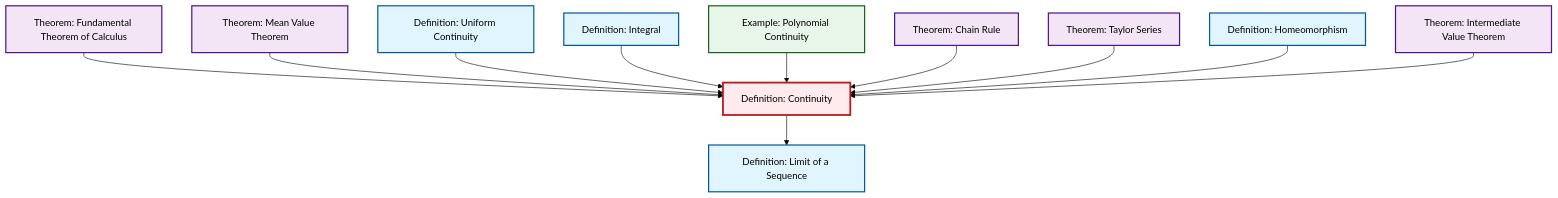
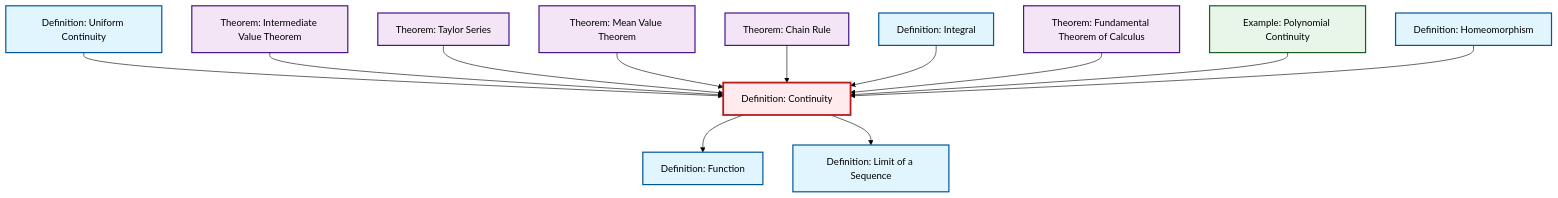
The diagram in content/en/analysis/def-continuity.qmd (RK0429/ModernMath), drawn with Mermaid (forest theme) before and after one commit. The commit also changed 554 other files, not shown here.

````diff
--- a/content/en/analysis/def-continuity.qmd
+++ b/content/en/analysis/def-continuity.qmd
@@ -58,41 +58,44 @@
 ```{mermaid}
 %%| fig-cap: "Local dependency graph"
 graph TD
     classDef definition fill:#e1f5fe,stroke:#01579b,stroke-width:2px
     classDef theorem fill:#f3e5f5,stroke:#4a148c,stroke-width:2px
     classDef axiom fill:#fff3e0,stroke:#e65100,stroke-width:2px
     classDef example fill:#e8f5e9,stroke:#1b5e20,stroke-width:2px
     classDef current fill:#ffebee,stroke:#b71c1c,stroke-width:3px
+    def-continuity["Definition: Continuity"]:::definition
+    thm-fundamental-calculus["Theorem: Fundamental Theorem of Calculus"]:::theorem
+    thm-chain-rule["Theorem: Chain Rule"]:::theorem
+    thm-intermediate-value["Theorem: Intermediate Value Theorem"]:::theorem
     def-homeomorphism["Definition: Homeomorphism"]:::definition
-    def-integral["Definition: Integral"]:::definition
+    def-function["Definition: Function"]:::definition
     ex-polynomial-continuity["Example: Polynomial Continuity"]:::example
     thm-taylor-series["Theorem: Taylor Series"]:::theorem
+    def-limit["Definition: Limit of a Sequence"]:::definition
+    def-integral["Definition: Integral"]:::definition
     thm-mean-value["Theorem: Mean Value Theorem"]:::theorem
-    def-limit["Definition: Limit of a Sequence"]:::definition
-    thm-chain-rule["Theorem: Chain Rule"]:::theorem
     def-uniform-continuity["Definition: Uniform Continuity"]:::definition
-    def-continuity["Definition: Continuity"]:::definition
-    thm-intermediate-value["Theorem: Intermediate Value Theorem"]:::theorem
-    thm-fundamental-calculus["Theorem: Fundamental Theorem of Calculus"]:::theorem
+    def-uniform-continuity --> def-continuity
+    thm-intermediate-value --> def-continuity
+    def-continuity --> def-function
+    def-continuity --> def-limit
+    thm-taylor-series --> def-continuity
+    thm-mean-value --> def-continuity
+    thm-chain-rule --> def-continuity
+    def-integral --> def-continuity
     thm-fundamental-calculus --> def-continuity
-    thm-mean-value --> def-continuity
-    def-uniform-continuity --> def-continuity
-    def-integral --> def-continuity
-    def-continuity --> def-limit
     ex-polynomial-continuity --> def-continuity
-    thm-chain-rule --> def-continuity
-    thm-taylor-series --> def-continuity
     def-homeomorphism --> def-continuity
-    thm-intermediate-value --> def-continuity
     class def-continuity current
+    click thm-fundamental-calculus "thm-fundamental-calculus.html" "Go to Fundamental Theorem of Calculus theorem"
+    click thm-chain-rule "thm-chain-rule.html" "Go to Chain Rule theorem"
+    click thm-intermediate-value "thm-intermediate-value.html" "Go to Intermediate Value Theorem theorem"
     click def-homeomorphism "def-homeomorphism.html" "Go to Homeomorphism definition"
-    click def-integral "def-integral.html" "Go to Integral definition"
+    click def-function "def-function.html" "Go to Function definition"
     click ex-polynomial-continuity "ex-polynomial-continuity.html" "Go to Polynomial Continuity example"
     click thm-taylor-series "thm-taylor-series.html" "Go to Taylor Series theorem"
+    click def-limit "def-limit.html" "Go to Limit of a Sequence definition"
+    click def-integral "def-integral.html" "Go to Integral definition"
     click thm-mean-value "thm-mean-value.html" "Go to Mean Value Theorem theorem"
-    click def-limit "def-limit.html" "Go to Limit of a Sequence definition"
-    click thm-chain-rule "thm-chain-rule.html" "Go to Chain Rule theorem"
     click def-uniform-continuity "def-uniform-continuity.html" "Go to Uniform Continuity definition"
-    click thm-intermediate-value "thm-intermediate-value.html" "Go to Intermediate Value Theorem theorem"
-    click thm-fundamental-calculus "thm-fundamental-calculus.html" "Go to Fundamental Theorem of Calculus theorem"
 ```
````
